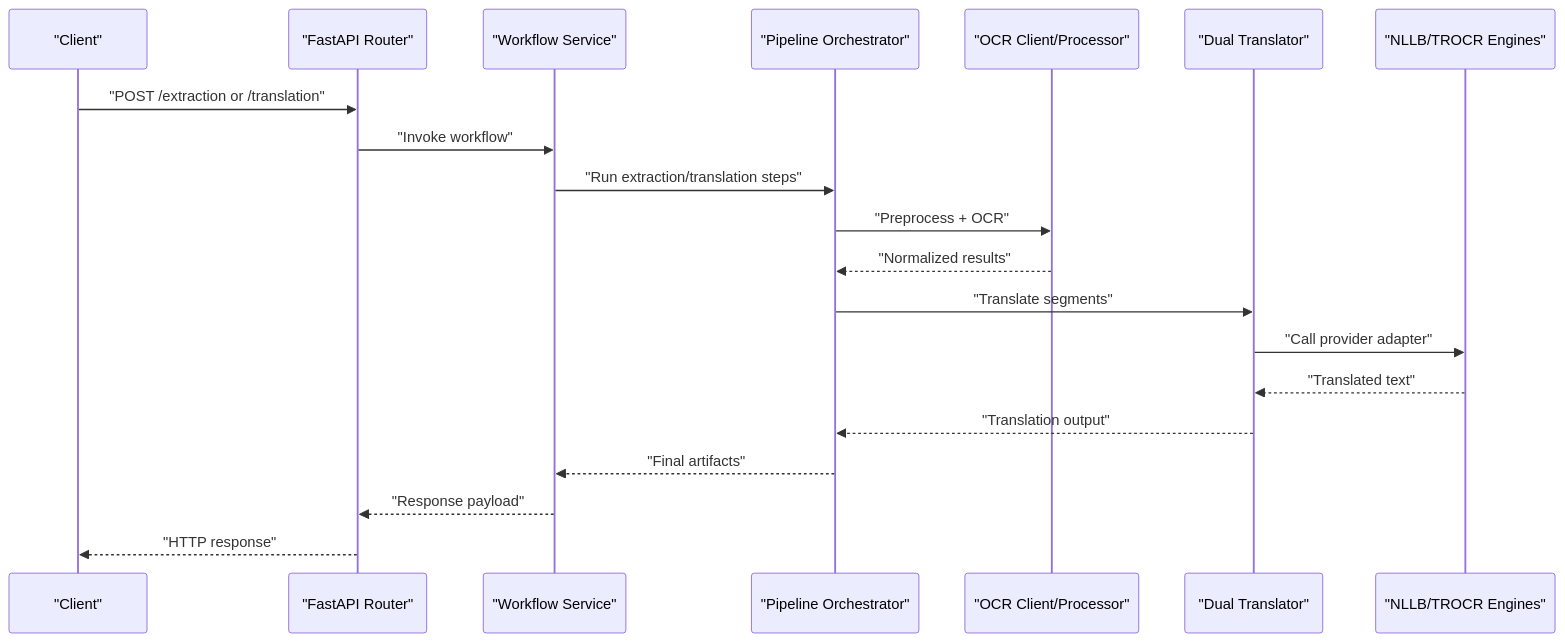
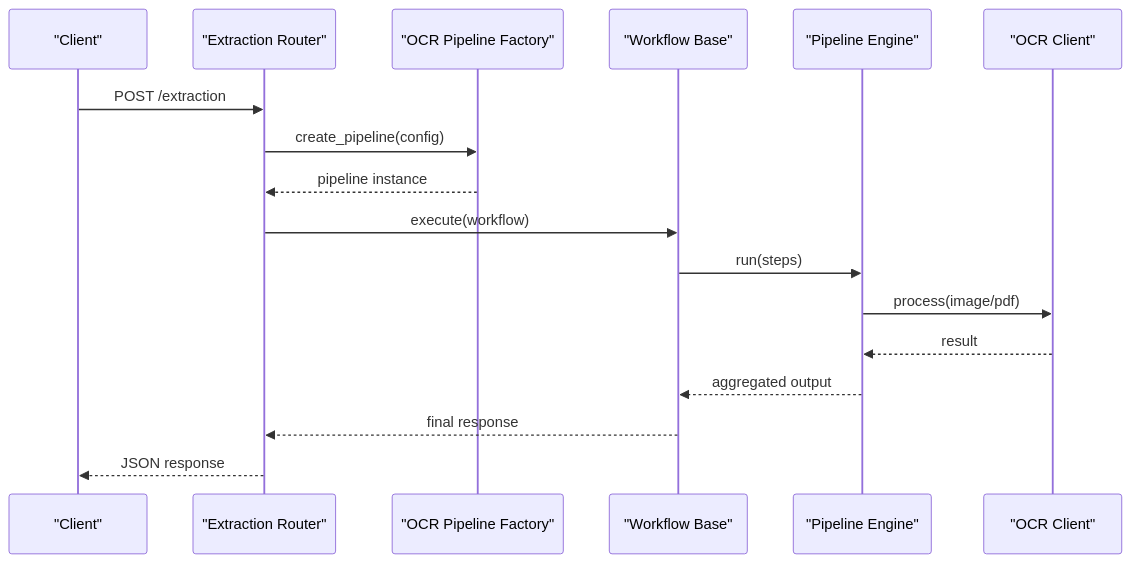
Before and after one commit to Sifr-r/LocalDeepL: the third of 7 diagrams in .qoder/repowiki/en/content/Developer Guide.md, drawn with Mermaid. The commit also changed other lines of this file and 246 other files, not shown here.

````diff
--- a/.qoder/repowiki/en/content/Developer Guide.md
+++ b/.qoder/repowiki/en/content/Developer Guide.md
@@ -168,22 +133,19 @@
 ```mermaid
 sequenceDiagram
 participant Client as "Client"
-participant API as "FastAPI Router"
-participant Service as "Workflow Service"
-participant Pipeline as "Pipeline Orchestrator"
-participant OCR as "OCR Client/Processor"
-participant Trans as "Dual Translator"
-participant Engine as "NLLB/TROCR Engines"
-Client->>API : "POST /extraction or /translation"
-API->>Service : "Invoke workflow"
-Service->>Pipeline : "Run extraction/translation steps"
-Pipeline->>OCR : "Preprocess + OCR"
-OCR-->>Pipeline : "Normalized results"
-Pipeline->>Trans : "Translate segments"
-Trans->>Engine : "Call provider adapter"
-Engine-->>Trans : "Translated text"
-Trans-->>Pipeline : "Translation output"
-Pipeline-->>Service : "Final artifacts"
-Service-->>API : "Response payload"
-API-->>Client : "HTTP response"
+participant Router as "Extraction Router"
+participant Service as "OCR Pipeline Factory"
+participant Workflow as "Workflow Base"
+participant Pipeline as "Pipeline Engine"
+participant OCR as "OCR Client"
+Client->>Router : POST /extraction
+Router->>Service : create_pipeline(config)
+Service-->>Router : pipeline instance
+Router->>Workflow : execute(workflow)
+Workflow->>Pipeline : run(steps)
+Pipeline->>OCR : process(image/pdf)
+OCR-->>Pipeline : result
+Pipeline-->>Workflow : aggregated output
+Workflow-->>Router : final response
+Router-->>Client : JSON response
 ```
````
